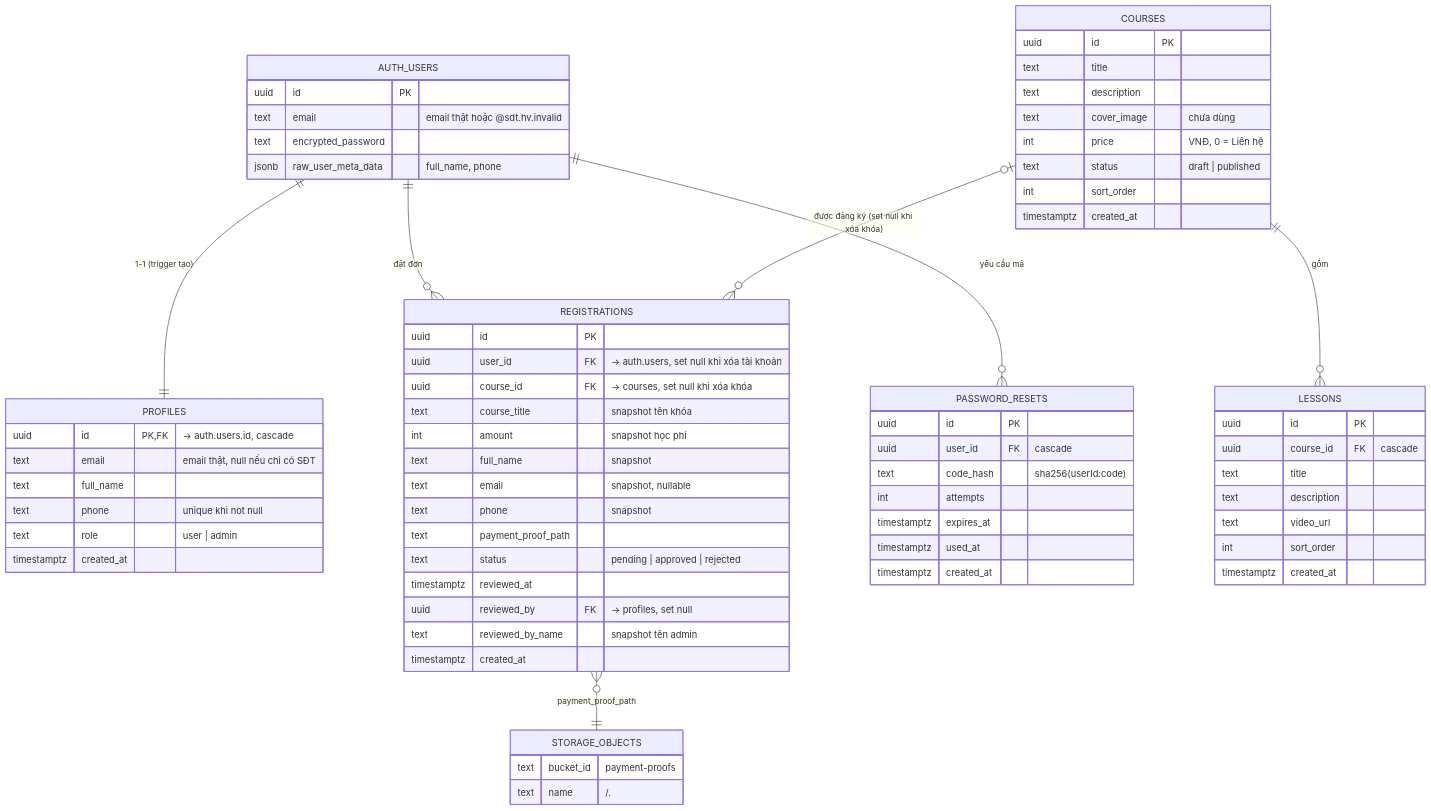
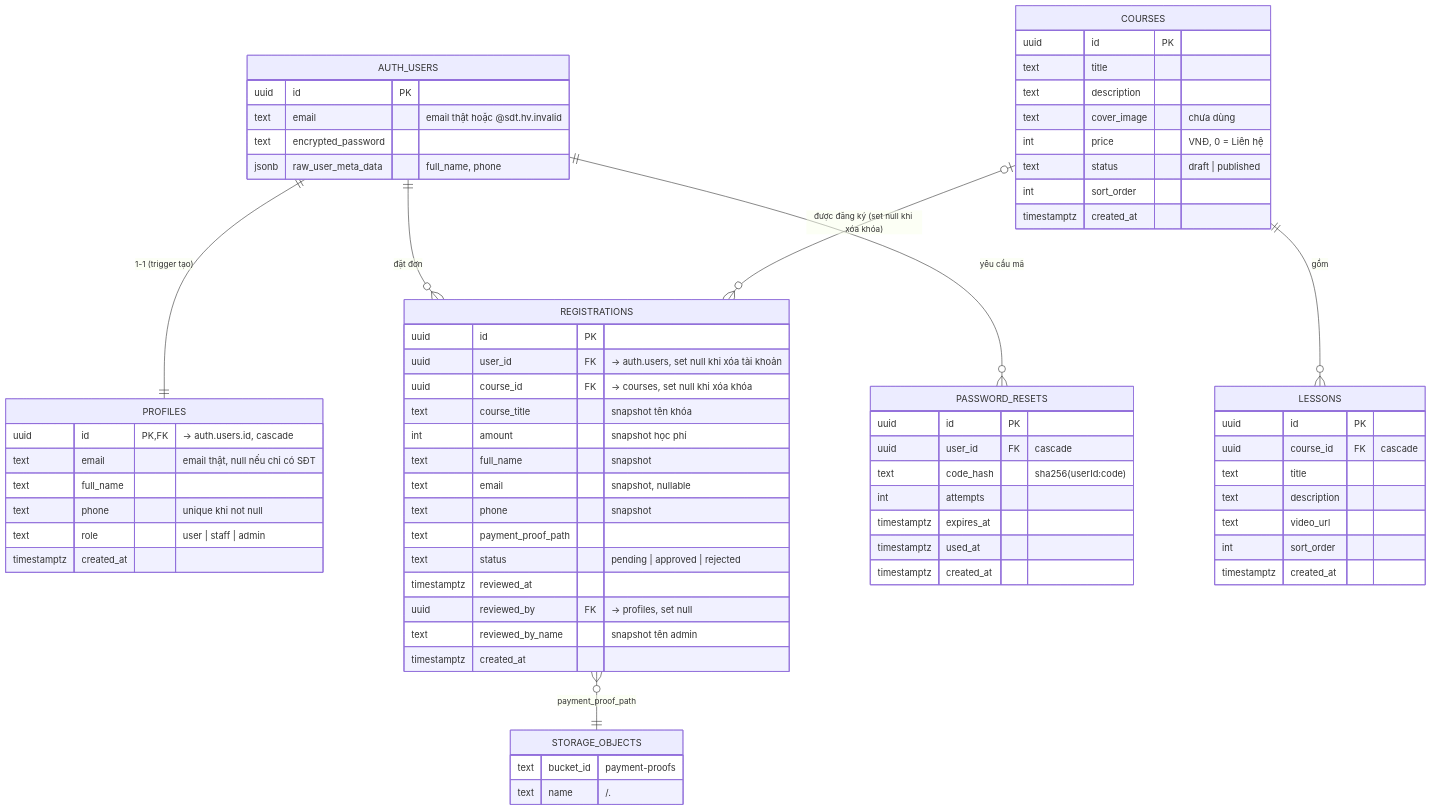
The first of 2 diagrams in web design structure/04-database/database-design.md (dgquan1001/course-platform), drawn with Mermaid before and after one commit. The commit also changed other lines of this file and 28 other files, not shown here.

````diff
--- a/web design structure/04-database/database-design.md
+++ b/web design structure/04-database/database-design.md
@@ -8,72 +8,72 @@
 ```mermaid
 erDiagram
   AUTH_USERS ||--|| PROFILES : "1-1 (trigger tạo)"
   AUTH_USERS ||--o{ REGISTRATIONS : "đặt đơn"
   AUTH_USERS ||--o{ PASSWORD_RESETS : "yêu cầu mã"
   COURSES ||--o{ LESSONS : "gồm"
   COURSES |o--o{ REGISTRATIONS : "được đăng ký (set null khi xóa khóa)"
   REGISTRATIONS }o--|| STORAGE_OBJECTS : "payment_proof_path"
 
   AUTH_USERS {
     uuid id PK
     text email "email thật hoặc <SĐT>@sdt.hv.invalid"
     text encrypted_password
     jsonb raw_user_meta_data "full_name, phone"
   }
   PROFILES {
     uuid id PK,FK "→ auth.users.id, cascade"
     text email "email thật, null nếu chỉ có SĐT"
     text full_name
     text phone "unique khi not null"
-    text role "user | admin"
+    text role "user | staff | admin"
     timestamptz created_at
   }
   COURSES {
     uuid id PK
     text title
     text description
     text cover_image "chưa dùng"
     int price "VNĐ, 0 = Liên hệ"
     text status "draft | published"
     int sort_order
     timestamptz created_at
   }
   LESSONS {
     uuid id PK
     uuid course_id FK "cascade"
     text title
     text description
     text video_url
     int sort_order
     timestamptz created_at
   }
   REGISTRATIONS {
     uuid id PK
     uuid user_id FK "→ auth.users, set null khi xóa tài khoản"
     uuid course_id FK "→ courses, set null khi xóa khóa"
     text course_title "snapshot tên khóa"
     int amount "snapshot học phí"
     text full_name "snapshot"
     text email "snapshot, nullable"
     text phone "snapshot"
     text payment_proof_path
     text status "pending | approved | rejected"
     timestamptz reviewed_at
     uuid reviewed_by FK "→ profiles, set null"
     text reviewed_by_name "snapshot tên admin"
     timestamptz created_at
   }
   PASSWORD_RESETS {
     uuid id PK
     uuid user_id FK "cascade"
     text code_hash "sha256(userId:code)"
     int attempts
     timestamptz expires_at
     timestamptz used_at
     timestamptz created_at
   }
   STORAGE_OBJECTS {
     text bucket_id "payment-proofs"
     text name "<userId>/<uuid>.<ext>"
   }
 ```
````
